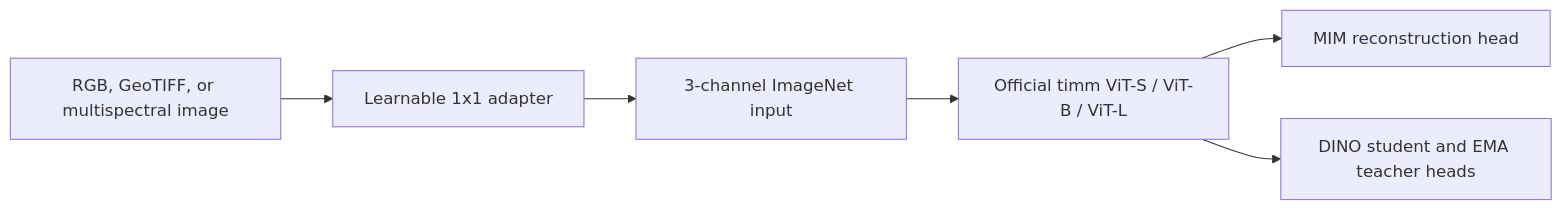
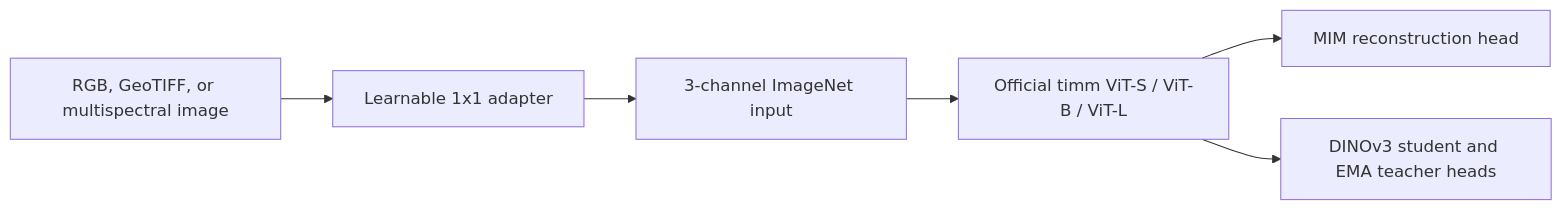
Before and after one commit to bappy451/AG-Foundational-Model: the diagram in README.md, drawn with Mermaid. The commit also changed other lines of this file and 32 other files, not shown here.

````diff
--- a/README.md
+++ b/README.md
@@ -25,8 +25,8 @@
 ```mermaid
 flowchart LR
   A["RGB, GeoTIFF, or multispectral image"] --> B["Learnable 1x1 adapter"]
   B --> C["3-channel ImageNet input"]
   C --> D["Official timm ViT-S / ViT-B / ViT-L"]
   D --> E["MIM reconstruction head"]
-  D --> F["DINO student and EMA teacher heads"]
+  D --> F["DINOv3 student and EMA teacher heads"]
 ```
````
